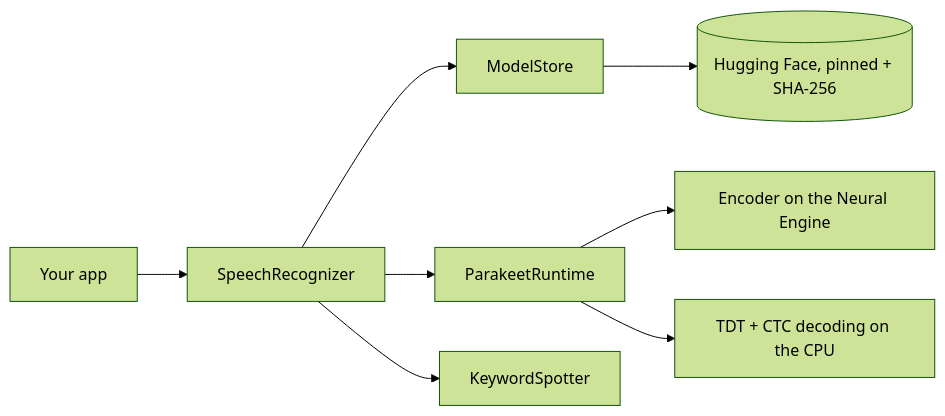
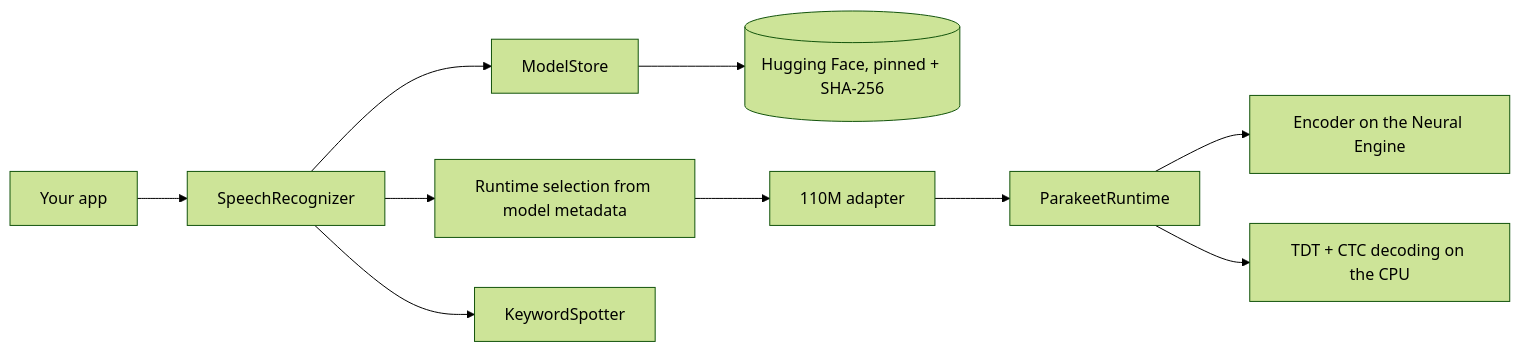
One commit to BuilderHelm/BuilderHelmAudio changed the diagram in README.md. Above: the diagram before and after it, drawn with Mermaid (forest theme). The commit also changed other lines of this file and 20 other files, not shown here.

````diff
--- a/README.md
+++ b/README.md
@@ -319,10 +332,12 @@
 ```mermaid
 flowchart LR
     App[Your app] --> Recognizer[SpeechRecognizer]
     Recognizer --> Store[ModelStore]
     Store --> HF[(Hugging Face, pinned + SHA-256)]
-    Recognizer --> Runtime[ParakeetRuntime]
+    Recognizer --> Factory[Runtime selection from model metadata]
+    Factory --> Adapter[110M adapter]
+    Adapter --> Runtime[ParakeetRuntime]
     Runtime --> ANE[Encoder on the Neural Engine]
     Runtime --> CPU[TDT + CTC decoding on the CPU]
     Recognizer --> Spotter[KeywordSpotter]
 ```
````
